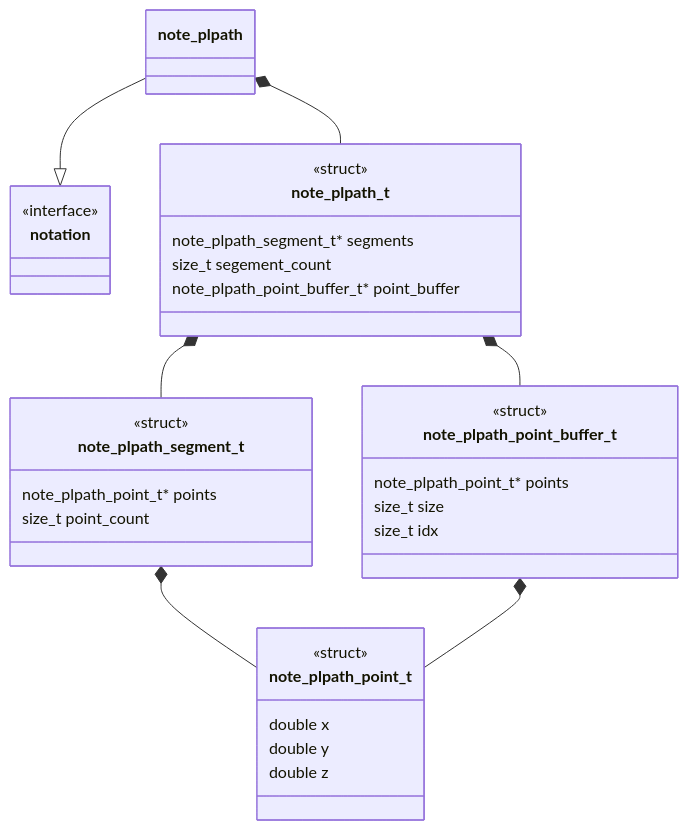
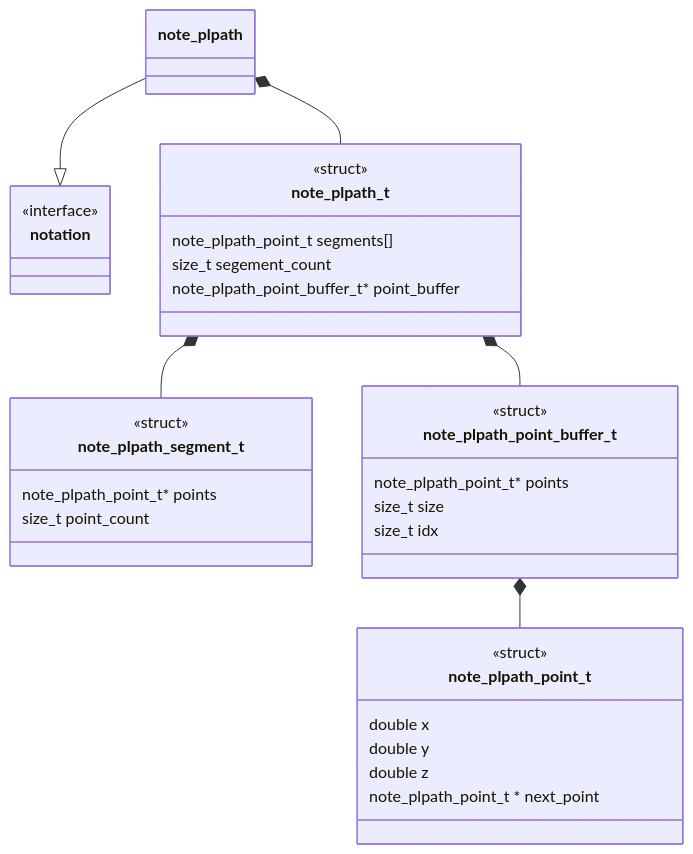
Before and after one commit to Uiowa-Applied-Topology/tanglenomicon_core_libraries: the first of 4 diagrams in source/note-plpath/unit-description.md, drawn with Mermaid. The commit also changed other lines of this file and 12 other files, not shown here.

````diff
--- a/source/note-plpath/unit-description.md
+++ b/source/note-plpath/unit-description.md
@@ -11,42 +11,42 @@
 ```mermaid
 classDiagram
     note_plpath --|> notation
     note_plpath *-- note_plpath_t
     note_plpath_t *-- note_plpath_segment_t
     note_plpath_t *-- note_plpath_point_buffer_t
-    note_plpath_segment_t *-- note_plpath_point_t
     note_plpath_point_buffer_t *-- note_plpath_point_t
     class note_plpath_t {
         <<struct>>
-        note_plpath_segment_t* segments
+        note_plpath_point_t segments[]
         size_t segement_count
         note_plpath_point_buffer_t* point_buffer
     }
 
 
     class note_plpath_segment_t {
         <<struct>>
         note_plpath_point_t* points
         size_t point_count
     }
 
     class note_plpath_point_buffer_t {
         <<struct>>
         note_plpath_point_t* points
         size_t size
         size_t idx
     }
 
     class note_plpath_point_t {
         <<struct>>
         double x
         double y
         double z
+        note_plpath_point_t * next_point
     }
 
     class notation {
         <<interface>>
     }
 
 
 ```
````
